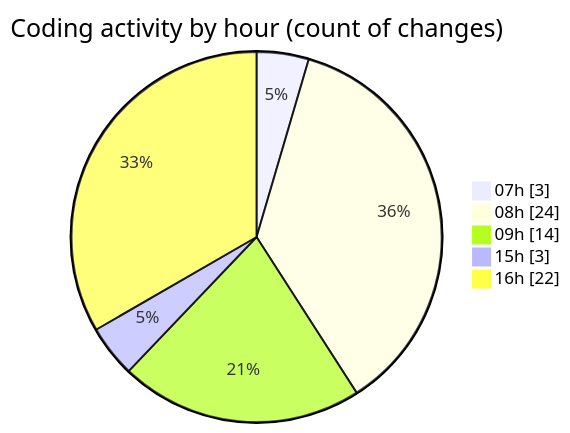
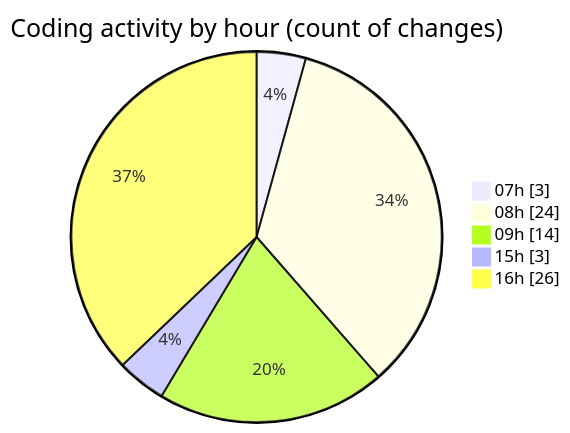
One commit to MatusMokan/code-tracking changed the second of 2 diagrams in 2025-05-07/myws__workspace_/README.md. Above: the diagram before and after it, drawn with Mermaid. The commit also changed other lines of this file and 1 other file, not shown here.

````diff
--- a/2025-05-07/myws__workspace_/README.md
+++ b/2025-05-07/myws__workspace_/README.md
@@ -30,9 +30,9 @@
 ```mermaid
 pie showData
 title Coding activity by hour (count of changes)
 "07h" : 3
 "08h" : 24
 "09h" : 14
 "15h" : 3
-"16h" : 22
+"16h" : 26
 ```
````
